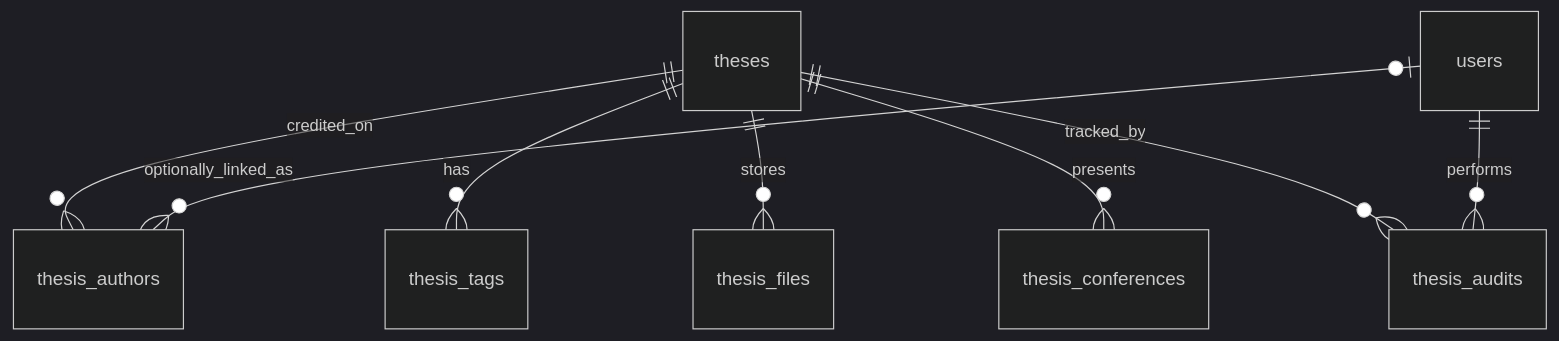
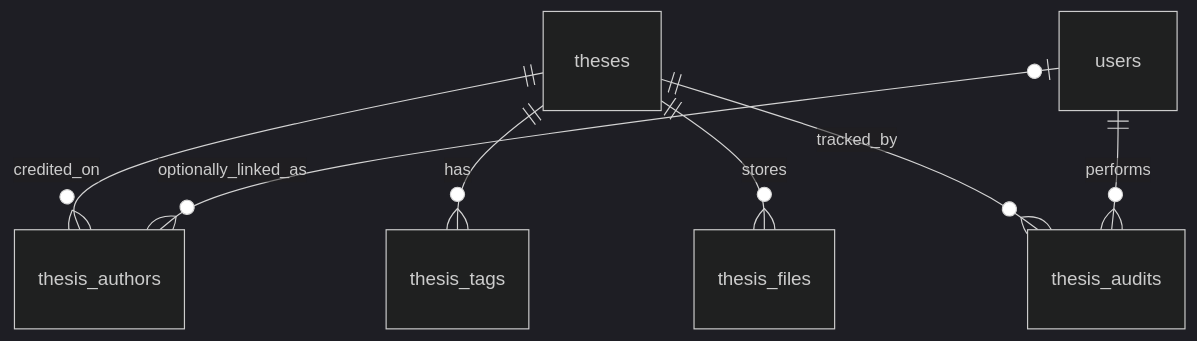
The diagram in docs/database-engineer-reference.md (peaceyyy/Alexandria---DCISM-Research-Repository), drawn with Mermaid (dark theme) before and after one commit. The commit also changed other lines of this file and 18 other files, not shown here.

Commit message:
feat: initialize backend service architecture, Supabase client wrappers, and project documentation protocols, frontend_backend_mapping for implementation guidance

````diff
--- a/docs/database-engineer-reference.md
+++ b/docs/database-engineer-reference.md
@@ -73,10 +73,9 @@
 ```mermaid
 erDiagram
   theses ||--o{ thesis_authors : credited_on
   users |o--o{ thesis_authors : optionally_linked_as
   theses ||--o{ thesis_tags : has
   theses ||--o{ thesis_files : stores
-  theses ||--o{ thesis_conferences : presents
   theses ||--o{ thesis_audits : tracked_by
   users ||--o{ thesis_audits : performs
 ```
````
